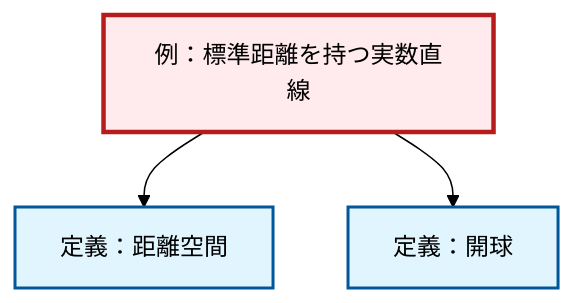
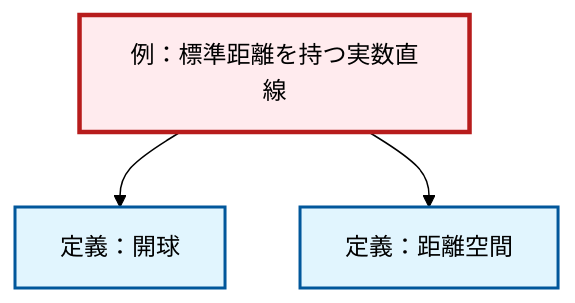
The diagram in content/ja/analysis/ex-real-line-metric.qmd (RK0429/ModernMath), drawn with Mermaid (forest theme) before and after one commit. The commit also changed other lines of this file and 328 other files, not shown here.

````diff
--- a/content/ja/analysis/ex-real-line-metric.qmd
+++ b/content/ja/analysis/ex-real-line-metric.qmd
@@ -65,17 +65,17 @@
 ```{mermaid}
 %%| fig-cap: "ローカル依存関係グラフ"
 graph TD
     classDef definition fill:#e1f5fe,stroke:#01579b,stroke-width:2px
     classDef theorem fill:#f3e5f5,stroke:#4a148c,stroke-width:2px
     classDef axiom fill:#fff3e0,stroke:#e65100,stroke-width:2px
     classDef example fill:#e8f5e9,stroke:#1b5e20,stroke-width:2px
     classDef current fill:#ffebee,stroke:#b71c1c,stroke-width:3px
+    def-metric-space["定義：距離空間"]:::definition
     def-open-ball["定義：開球"]:::definition
     ex-real-line-metric["例：標準距離を持つ実数直線"]:::example
-    def-metric-space["定義：距離空間"]:::definition
+    ex-real-line-metric --> def-open-ball
     ex-real-line-metric --> def-metric-space
-    ex-real-line-metric --> def-open-ball
     class ex-real-line-metric current
+    click def-metric-space "def-metric-space.html" "定義：距離空間へ"
     click def-open-ball "def-open-ball.html" "定義：開球へ"
-    click def-metric-space "def-metric-space.html" "定義：距離空間へ"
 ```
````
